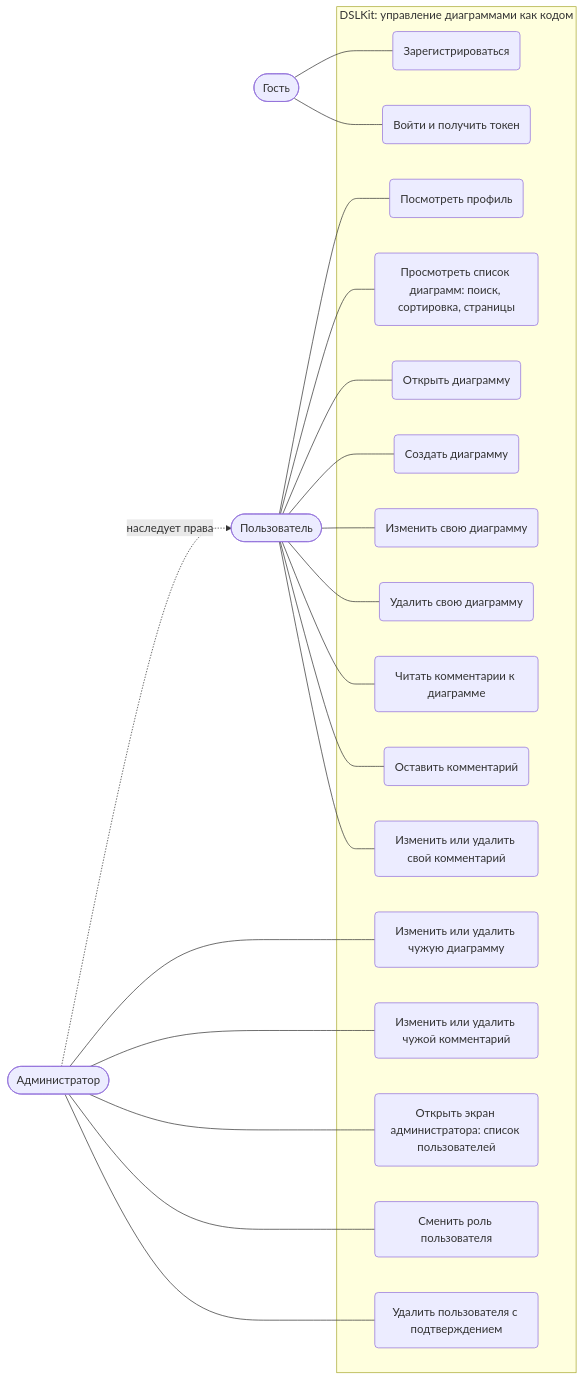
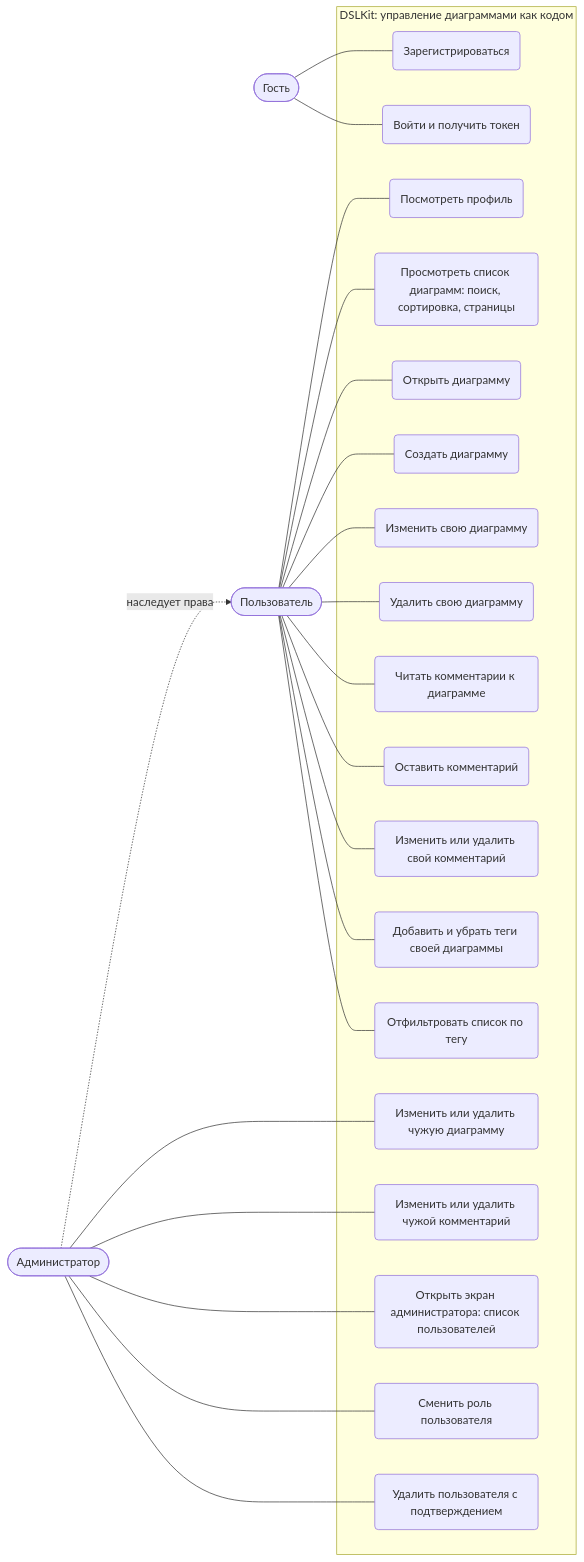
Before and after one commit to KsushaKhadzhinova/DSLKit-Project: the first of 4 diagrams in course-project/note.en.md, drawn with Mermaid. The commit also changed other lines of this file and 8 other files, not shown here.

Commit message:
docs(course): Tag as the fifth entity, React Router 7 and the new test numbers in the note, diagrams, defence cards and cheat sheet

````diff
--- a/course-project/note.en.md
+++ b/course-project/note.en.md
@@ -877,41 +896,45 @@
 ```mermaid
 flowchart LR
   guest(["Гость"])
   user(["Пользователь"])
   admin(["Администратор"])
   subgraph sys ["DSLKit: управление диаграммами как кодом"]
     uc1("Зарегистрироваться")
     uc2("Войти и получить токен")
     uc3("Посмотреть профиль")
     uc4("Просмотреть список диаграмм: поиск, сортировка, страницы")
     uc5("Открыть диаграмму")
     uc6("Создать диаграмму")
     uc7("Изменить свою диаграмму")
     uc8("Удалить свою диаграмму")
     uc13("Читать комментарии к диаграмме")
     uc14("Оставить комментарий")
     uc15("Изменить или удалить свой комментарий")
+    uc17("Добавить и убрать теги своей диаграммы")
+    uc18("Отфильтровать список по тегу")
     uc9("Изменить или удалить чужую диаграмму")
     uc16("Изменить или удалить чужой комментарий")
     uc10("Открыть экран администратора: список пользователей")
     uc11("Сменить роль пользователя")
     uc12("Удалить пользователя с подтверждением")
   end
   guest --- uc1
   guest --- uc2
   user --- uc3
   user --- uc4
   user --- uc5
   user --- uc6
   user --- uc7
   user --- uc8
   user --- uc13
   user --- uc14
   user --- uc15
+  user --- uc17
+  user --- uc18
   admin --- uc9
   admin --- uc16
   admin --- uc10
   admin --- uc11
   admin --- uc12
   admin -. "наследует права" .-> user
 ```
````
